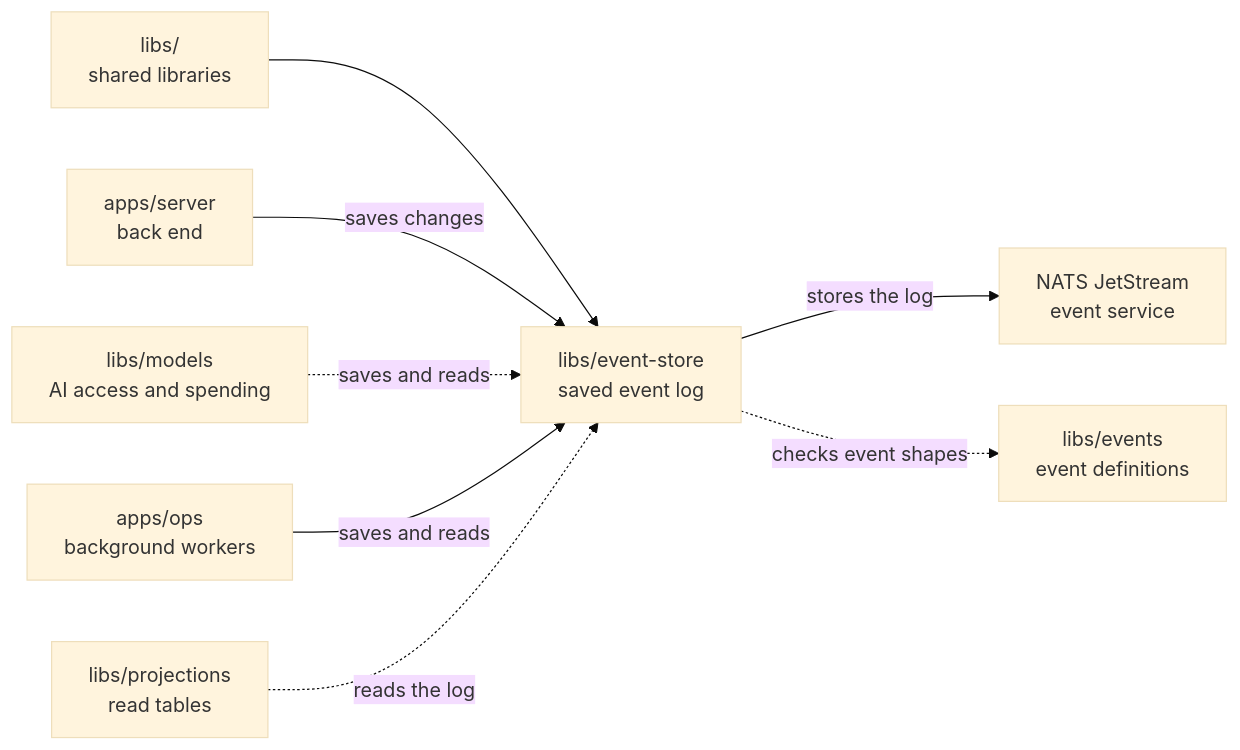
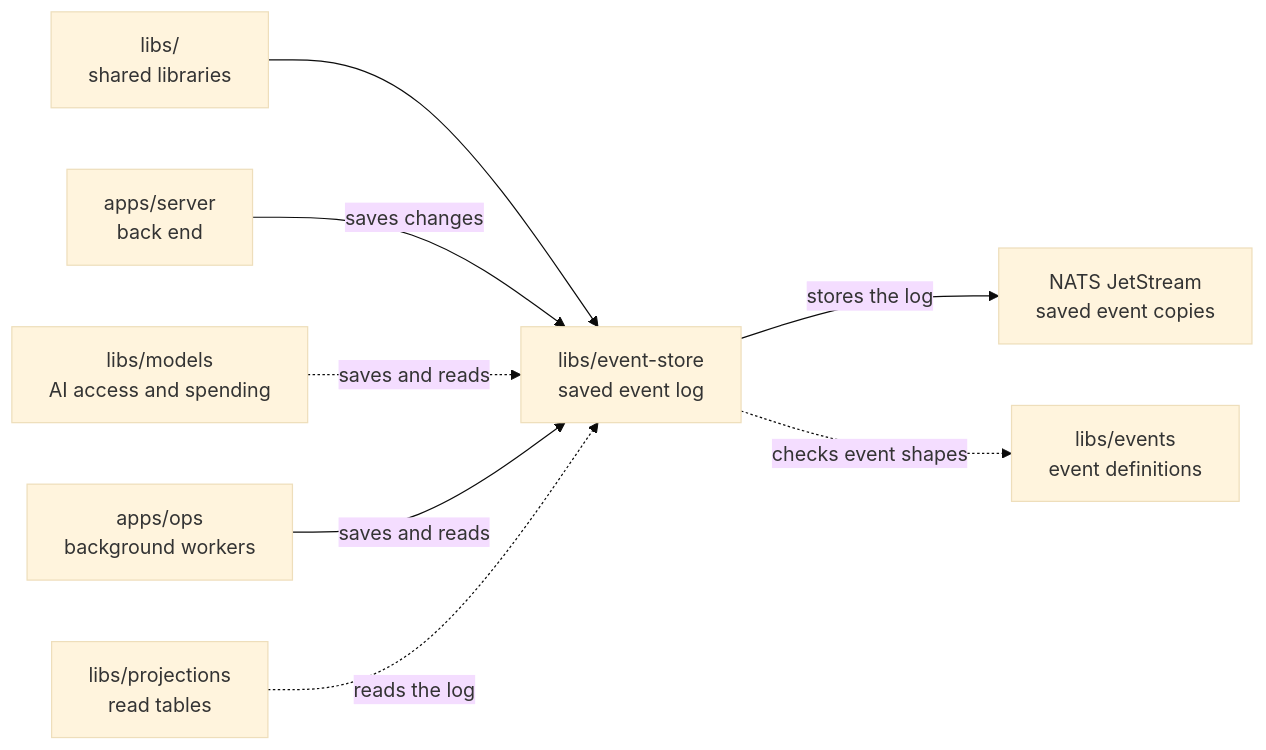
Before and after one commit to elewa-git/opencrane-new: the diagram in libs/event-store/README.md, drawn with Mermaid (base theme). The commit also changed other lines of this file and 6 other files, not shown here.

````diff
--- a/libs/event-store/README.md
+++ b/libs/event-store/README.md
@@ -21,10 +21,10 @@
 ```mermaid
 flowchart LR
   parent["libs/<br/>shared libraries"] --> store["libs/event-store<br/>saved event log"]
   server["apps/server<br/>back end"] -->|saves changes| store
   models["libs/models<br/>AI access and spending"] -.->|saves and reads| store
   ops["apps/ops<br/>background workers"] -->|saves and reads| store
   projections["libs/projections<br/>read tables"] -.->|reads the log| store
-  store -->|stores the log| nats["NATS JetStream<br/>event service"]
+  store -->|stores the log| nats["NATS JetStream<br/>saved event copies"]
   store -.->|checks event shapes| events["libs/events<br/>event definitions"]
 ```
````
